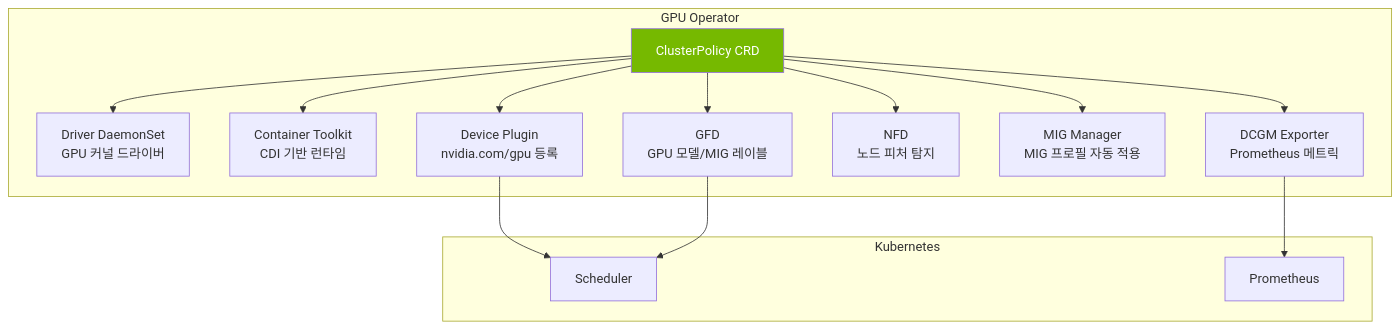
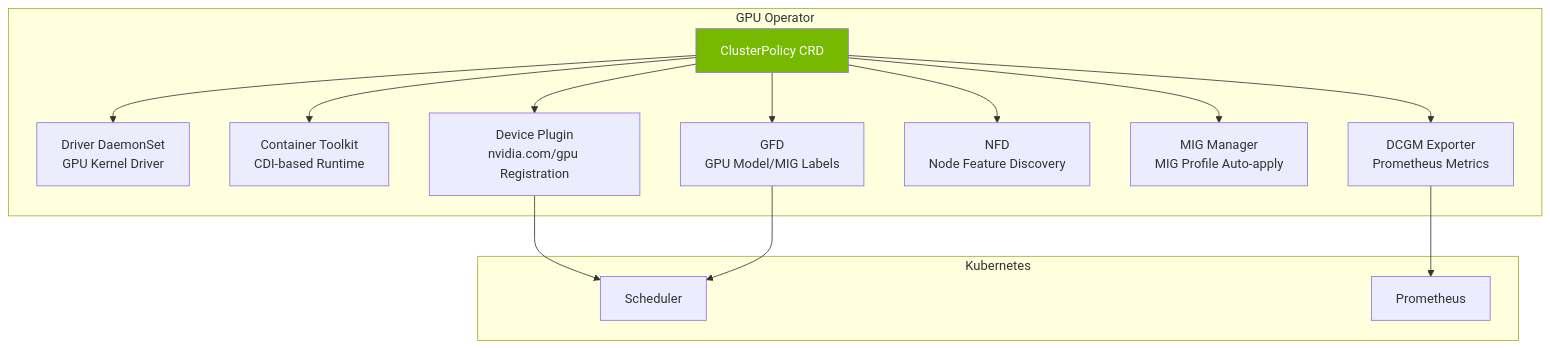
The first of 2 diagrams in docs/agentic-ai-platform/model-serving/gpu-infrastructure/nvidia-gpu-stack.md (devfloor9/engineering-playbook), drawn with Mermaid before and after one commit. The commit also changed other lines of this file and 954 other files, not shown here.

````diff
--- a/docs/agentic-ai-platform/model-serving/gpu-infrastructure/nvidia-gpu-stack.md
+++ b/docs/agentic-ai-platform/model-serving/gpu-infrastructure/nvidia-gpu-stack.md
@@ -64,24 +64,24 @@
 ```mermaid
 flowchart TB
     subgraph GPUOperator["GPU Operator"]
         CP["ClusterPolicy CRD"]
-        CP --> DRIVER["Driver DaemonSet<br/>GPU 커널 드라이버"]
-        CP --> TOOLKIT["Container Toolkit<br/>CDI 기반 런타임"]
-        CP --> DP["Device Plugin<br/>nvidia.com/gpu 등록"]
-        CP --> GFD["GFD<br/>GPU 모델/MIG 레이블"]
-        CP --> NFD["NFD<br/>노드 피처 탐지"]
-        CP --> MIG_MGR["MIG Manager<br/>MIG 프로필 자동 적용"]
-        CP --> DCGM_E["DCGM Exporter<br/>Prometheus 메트릭"]
+        CP --> DRIVER["Driver DaemonSet<br/>GPU Kernel Driver"]
+        CP --> TOOLKIT["Container Toolkit<br/>CDI-based Runtime"]
+        CP --> DP["Device Plugin<br/>nvidia.com/gpu Registration"]
+        CP --> GFD["GFD<br/>GPU Model/MIG Labels"]
+        CP --> NFD["NFD<br/>Node Feature Discovery"]
+        CP --> MIG_MGR["MIG Manager<br/>MIG Profile Auto-apply"]
+        CP --> DCGM_E["DCGM Exporter<br/>Prometheus Metrics"]
     end
 
     subgraph K8s["Kubernetes"]
         SCHED["Scheduler"]
         PROM["Prometheus"]
     end
 
     DP --> SCHED
     GFD --> SCHED
     DCGM_E --> PROM
 
     style CP fill:#76b900,color:#fff
 ```
````
